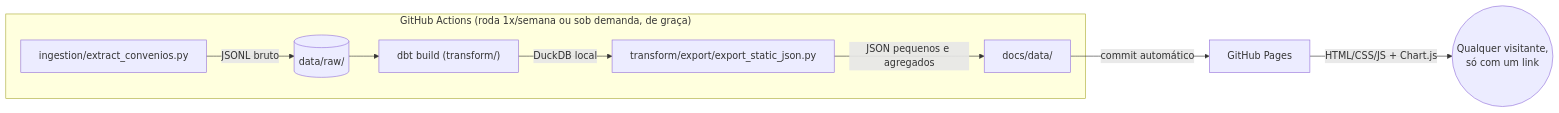
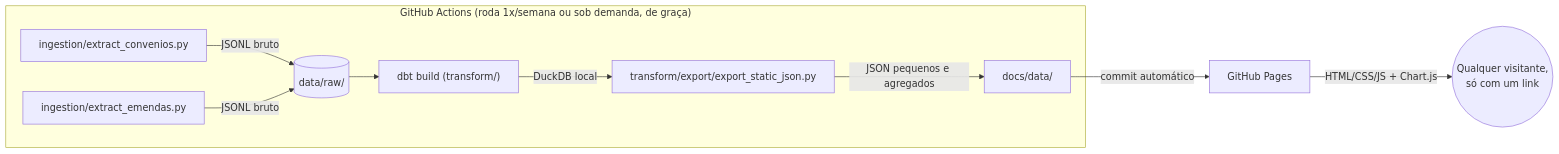
The diagram in README.md (dexcarva/br-public-spending-pipeline), drawn with Mermaid before and after one commit. The commit also changed other lines of this file and 15 other files, not shown here.

````diff
--- a/README.md
+++ b/README.md
@@ -32,11 +32,12 @@
 ```mermaid
 flowchart LR
     subgraph "GitHub Actions (roda 1x/semana ou sob demanda, de graça)"
-        A[ingestion/extract_convenios.py] -->|JSONL bruto| B[(data/raw/)]
+        A1[ingestion/extract_convenios.py] -->|JSONL bruto| B[(data/raw/)]
+        A2[ingestion/extract_emendas.py] -->|JSONL bruto| B
         B --> C["dbt build (transform/)"]
         C -->|DuckDB local| D[transform/export/export_static_json.py]
         D -->|JSON pequenos e agregados| E[docs/data/]
     end
     E -->|commit automático| F[GitHub Pages]
     F -->|HTML/CSS/JS + Chart.js| G((Qualquer visitante,\nsó com um link))
 ```
````
